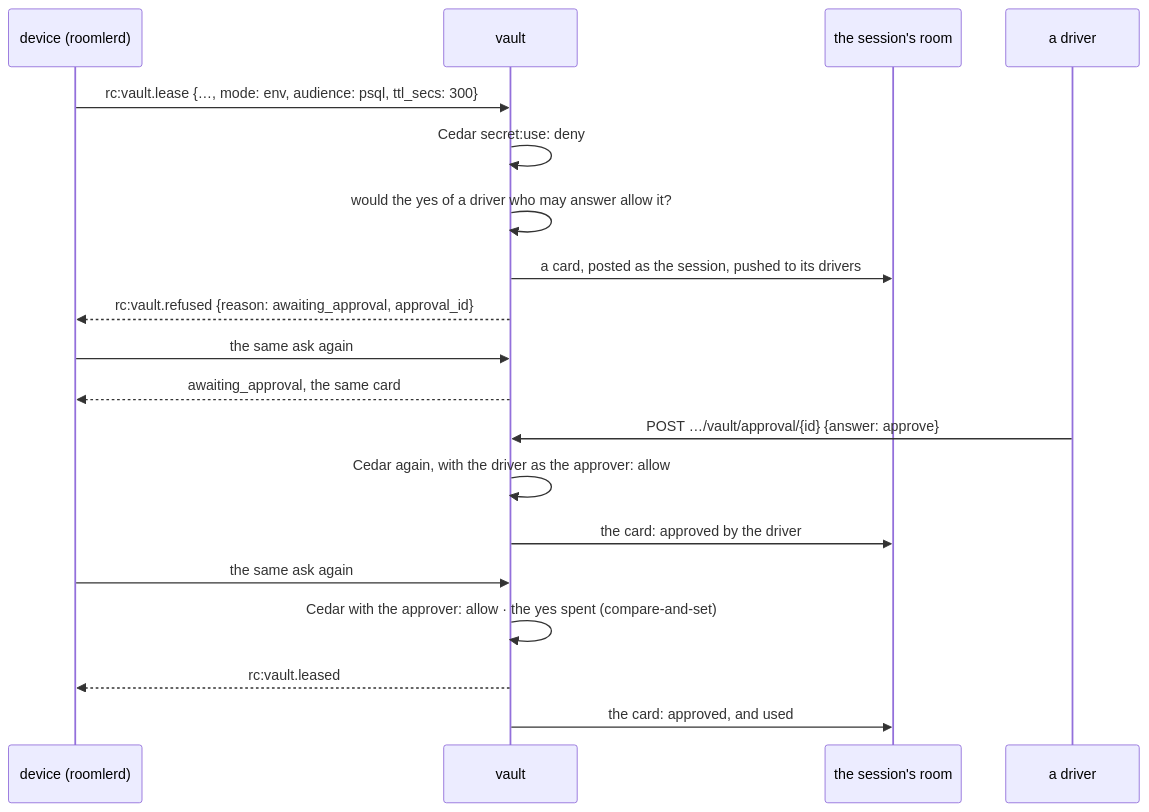
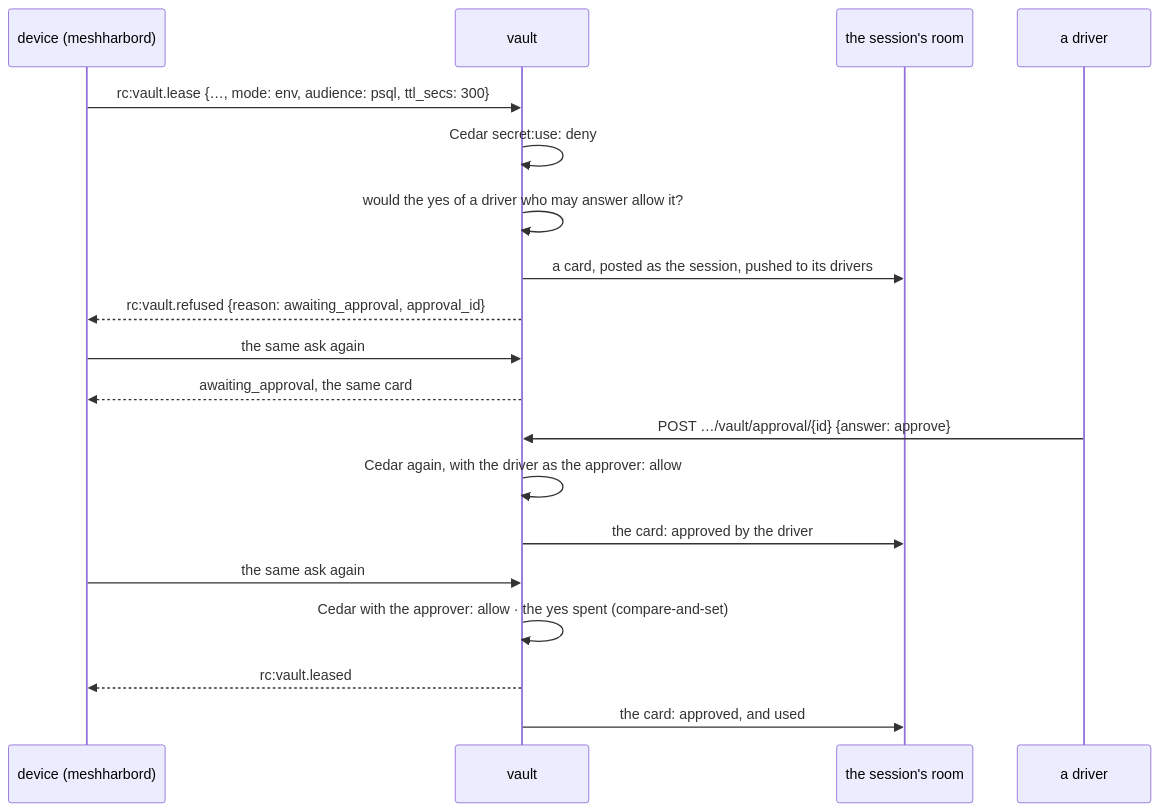
Before and after one commit to jk-zhang-meta/MeshHarbor: diagram 13 of 31 in docs/vault.md, drawn with Mermaid. The commit also changed other lines of this file and 682 other files, not shown here.

````diff
--- a/docs/vault.md
+++ b/docs/vault.md
@@ -1100,21 +1100,21 @@
 ```mermaid
 sequenceDiagram
-    participant D as device (roomlerd)
+    participant D as device (meshharbord)
     participant V as vault
     participant R as the session's room
     participant P as a driver
     D->>V: rc:vault.lease {…, mode: env, audience: psql, ttl_secs: 300}
     V->>V: Cedar secret:use: deny
     V->>V: would the yes of a driver who may answer allow it?
     V->>R: a card, posted as the session, pushed to its drivers
     V-->>D: rc:vault.refused {reason: awaiting_approval, approval_id}
     D->>V: the same ask again
     V-->>D: awaiting_approval, the same card
     P->>V: POST …/vault/approval/{id} {answer: approve}
     V->>V: Cedar again, with the driver as the approver: allow
     V->>R: the card: approved by the driver
     D->>V: the same ask again
     V->>V: Cedar with the approver: allow · the yes spent (compare-and-set)
     V-->>D: rc:vault.leased
     V->>R: the card: approved, and used
 ```
````
